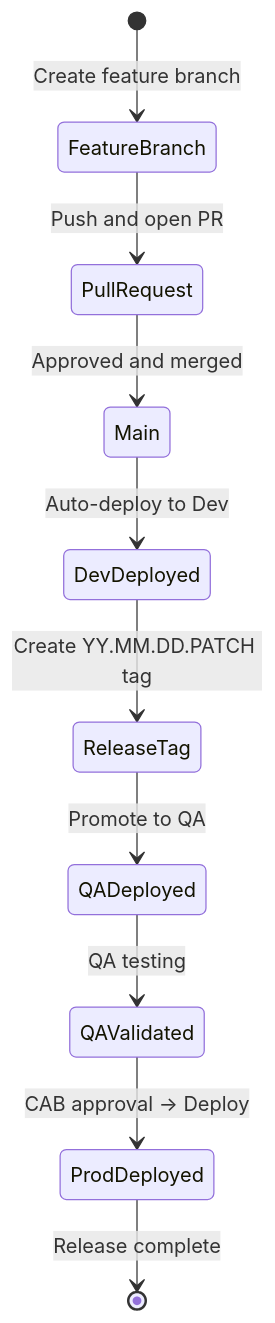
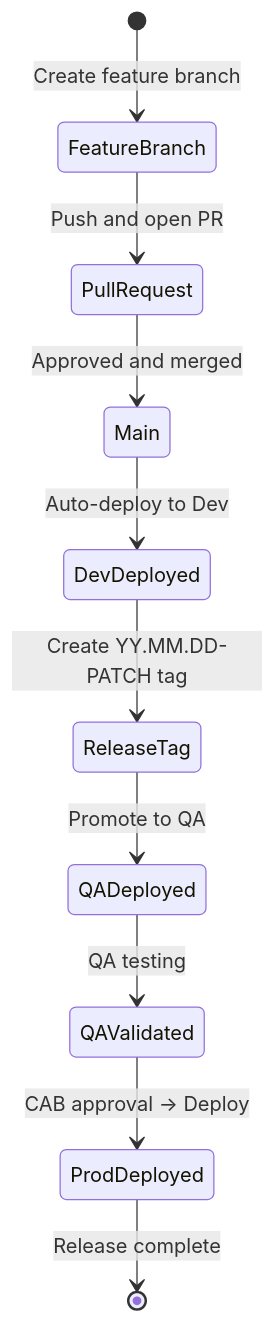
Before and after one commit to djdanielsson/rh1-docs: the diagram in docs/GIT-WORKFLOW.md, drawn with Mermaid. The commit also changed other lines of this file and 13 other files, not shown here.

````diff
--- a/docs/GIT-WORKFLOW.md
+++ b/docs/GIT-WORKFLOW.md
@@ -150,12 +150,12 @@
 ```mermaid
 stateDiagram-v2
     [*] --> FeatureBranch: Create feature branch
     FeatureBranch --> PullRequest: Push and open PR
     PullRequest --> Main: Approved and merged
     Main --> DevDeployed: Auto-deploy to Dev
-    DevDeployed --> ReleaseTag: Create YY.MM.DD.PATCH tag
+    DevDeployed --> ReleaseTag: Create YY.MM.DD-PATCH tag
     ReleaseTag --> QADeployed: Promote to QA
     QADeployed --> QAValidated: QA testing
     QAValidated --> ProdDeployed: CAB approval → Deploy
     ProdDeployed --> [*]: Release complete
 ```
````
